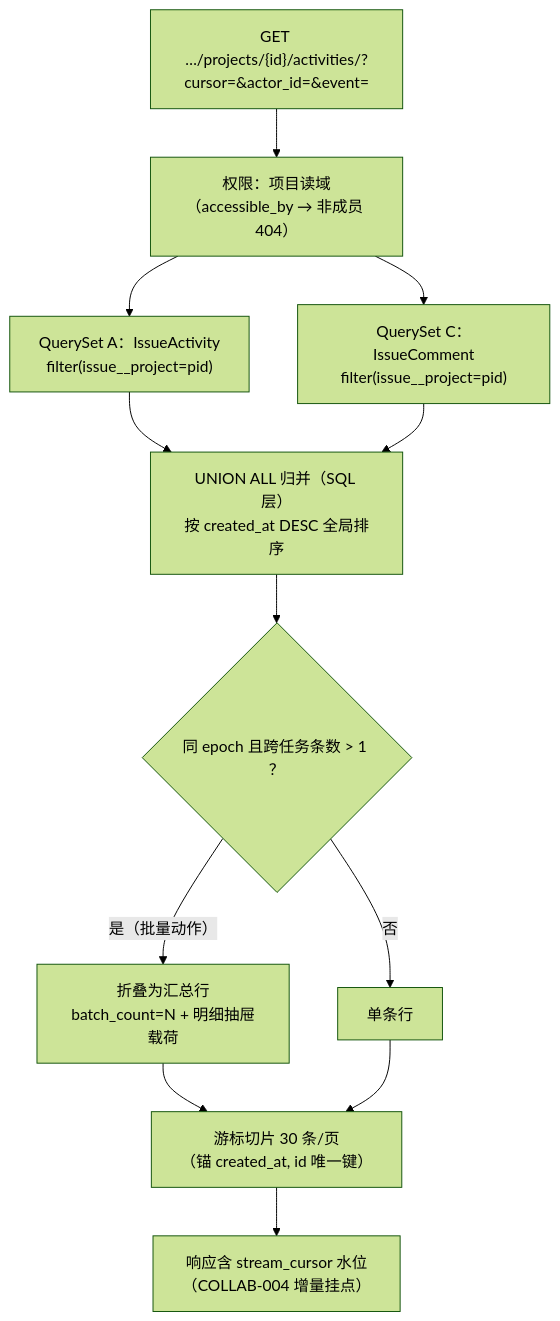
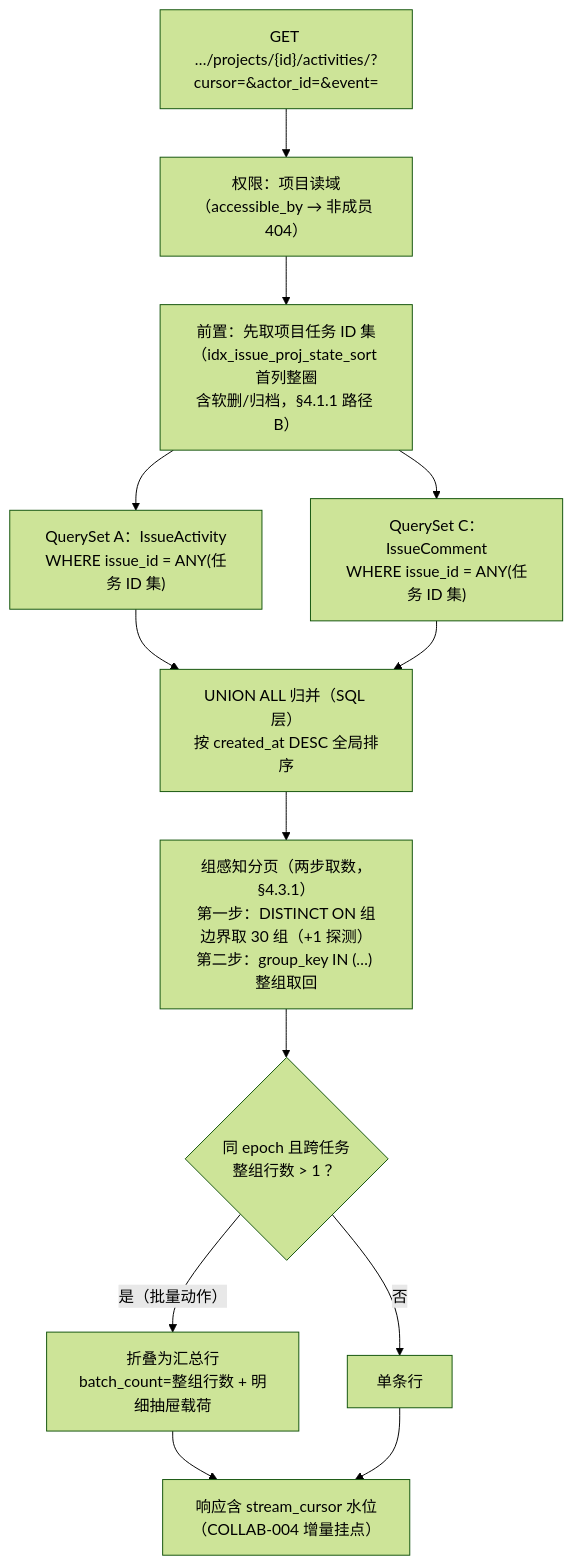
Before and after one commit to RabbitAI-Lab/RabbitProjects: the first of 3 diagrams in docs/sprint-3-views-collab/COLLAB-003-activity-stream.md, drawn with Mermaid (forest theme). The commit also changed other lines of this file and 3 other files, not shown here.

````diff
--- a/docs/sprint-3-views-collab/COLLAB-003-activity-stream.md
+++ b/docs/sprint-3-views-collab/COLLAB-003-activity-stream.md
@@ -90,14 +90,15 @@
 ```mermaid
 flowchart TD
     A["GET …/projects/{id}/activities/?cursor=&actor_id=&event="] --> B["权限：项目读域<br/>（accessible_by → 非成员 404）"]
-    B --> C["QuerySet A：IssueActivity<br/>filter(issue__project=pid)"]
-    B --> D["QuerySet C：IssueComment<br/>filter(issue__project=pid)"]
+    B --> B2["前置：先取项目任务 ID 集<br/>（idx_issue_proj_state_sort 首列整圈<br/>含软删/归档，§4.1.1 路径 B）"]
+    B2 --> C["QuerySet A：IssueActivity<br/>WHERE issue_id = ANY(任务 ID 集)"]
+    B2 --> D["QuerySet C：IssueComment<br/>WHERE issue_id = ANY(任务 ID 集)"]
     C --> E["UNION ALL 归并（SQL 层）<br/>按 created_at DESC 全局排序"]
     D --> E
-    E --> F{"同 epoch 且跨任务条数 > 1 ？"}
-    F -->|"是（批量动作）"| G["折叠为汇总行<br/>batch_count=N + 明细抽屉载荷"]
-    F -->|"否"| H["单条行"]
-    G --> I["游标切片 30 条/页<br/>（锚 created_at, id 唯一键）"]
-    H --> I
-    I --> J["响应含 stream_cursor 水位<br/>（COLLAB-004 增量挂点）"]
+    E --> F["组感知分页（两步取数，§4.3.1）<br/>第一步：DISTINCT ON 组边界取 30 组（+1 探测）<br/>第二步：group_key IN (…) 整组取回"]
+    F --> G{"同 epoch 且跨任务<br/>整组行数 > 1 ？"}
+    G -->|"是（批量动作）"| H["折叠为汇总行<br/>batch_count=整组行数 + 明细抽屉载荷"]
+    G -->|"否"| I["单条行"]
+    H --> J["响应含 stream_cursor 水位<br/>（COLLAB-004 增量挂点）"]
+    I --> J
 ```
````
